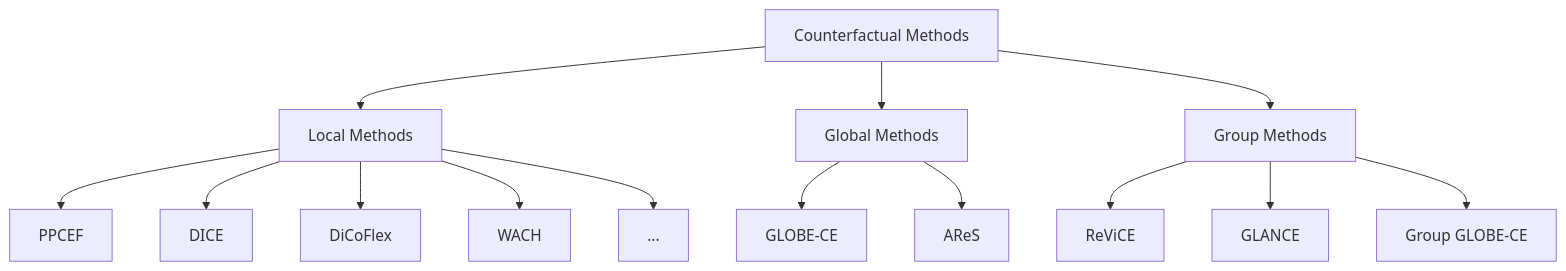
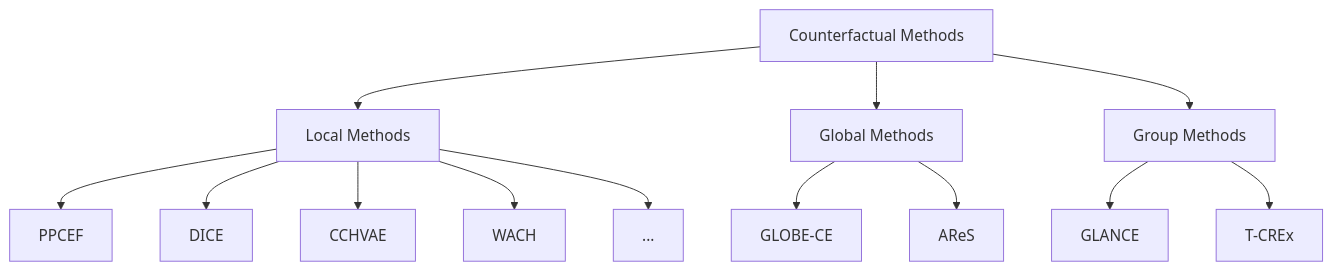
One commit to ofurman/counterfactuals changed the first of 2 diagrams in docs/index.md. Above: the diagram before and after it, drawn with Mermaid. The commit also changed other lines of this file and 657 other files, not shown here.

````diff
--- a/docs/index.md
+++ b/docs/index.md
@@ -92,19 +92,18 @@
 ```mermaid
 flowchart TD
     A[Counterfactual Methods] --> B[Local Methods]
     A --> C[Global Methods]
     A --> D[Group Methods]
 
     B --> B1[PPCEF]
     B --> B2[DICE]
-    B --> B3[DiCoFlex]
+    B --> B3[CCHVAE]
     B --> B4[WACH]
     B --> B5[...]
 
     C --> C1[GLOBE-CE]
     C --> C2[AReS]
 
-    D --> D1[ReViCE]
-    D --> D2[GLANCE]
-    D --> D3[Group GLOBE-CE]
+    D --> D1[GLANCE]
+    D --> D2[T-CREx]
 ```
````
